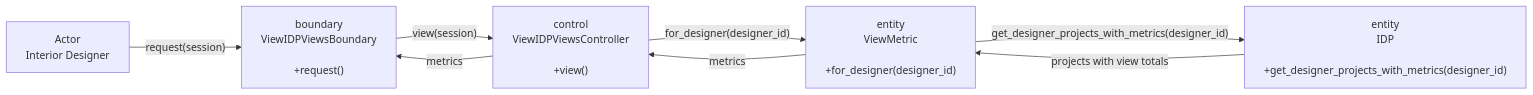
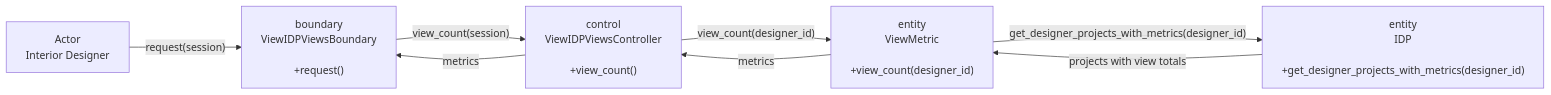
The first of 2 diagrams in diagrams/US37_View_IDP_View_Count/README.md (boyinapuddle/CSIT314-Chinese), drawn with Mermaid before and after one commit. The commit also changed other lines of this file and 140 other files, not shown here.

Commit message:
made controller and entity method names the same

````diff
--- a/diagrams/US37_View_IDP_View_Count/README.md
+++ b/diagrams/US37_View_IDP_View_Count/README.md
@@ -5,15 +5,15 @@
 ```mermaid
 flowchart LR
     N0["Actor<br/>Interior Designer"]
     N1["boundary<br/>ViewIDPViewsBoundary<br/><br/>+request()"]
-    N2["control<br/>ViewIDPViewsController<br/><br/>+view()"]
-    N3["entity<br/>ViewMetric<br/><br/>+for_designer(designer_id)"]
+    N2["control<br/>ViewIDPViewsController<br/><br/>+view_count()"]
+    N3["entity<br/>ViewMetric<br/><br/>+view_count(designer_id)"]
     N4["entity<br/>IDP<br/><br/>+get_designer_projects_with_metrics(designer_id)"]
     N0 -->|"request(session)"| N1
-    N1 -->|"view(session)"| N2
-    N2 -->|"for_designer(designer_id)"| N3
+    N1 -->|"view_count(session)"| N2
+    N2 -->|"view_count(designer_id)"| N3
     N3 -->|"get_designer_projects_with_metrics(designer_id)"| N4
     N4 -->|"projects with view totals"| N3
     N3 -->|"metrics"| N2
     N2 -->|"metrics"| N1
 ```
````
